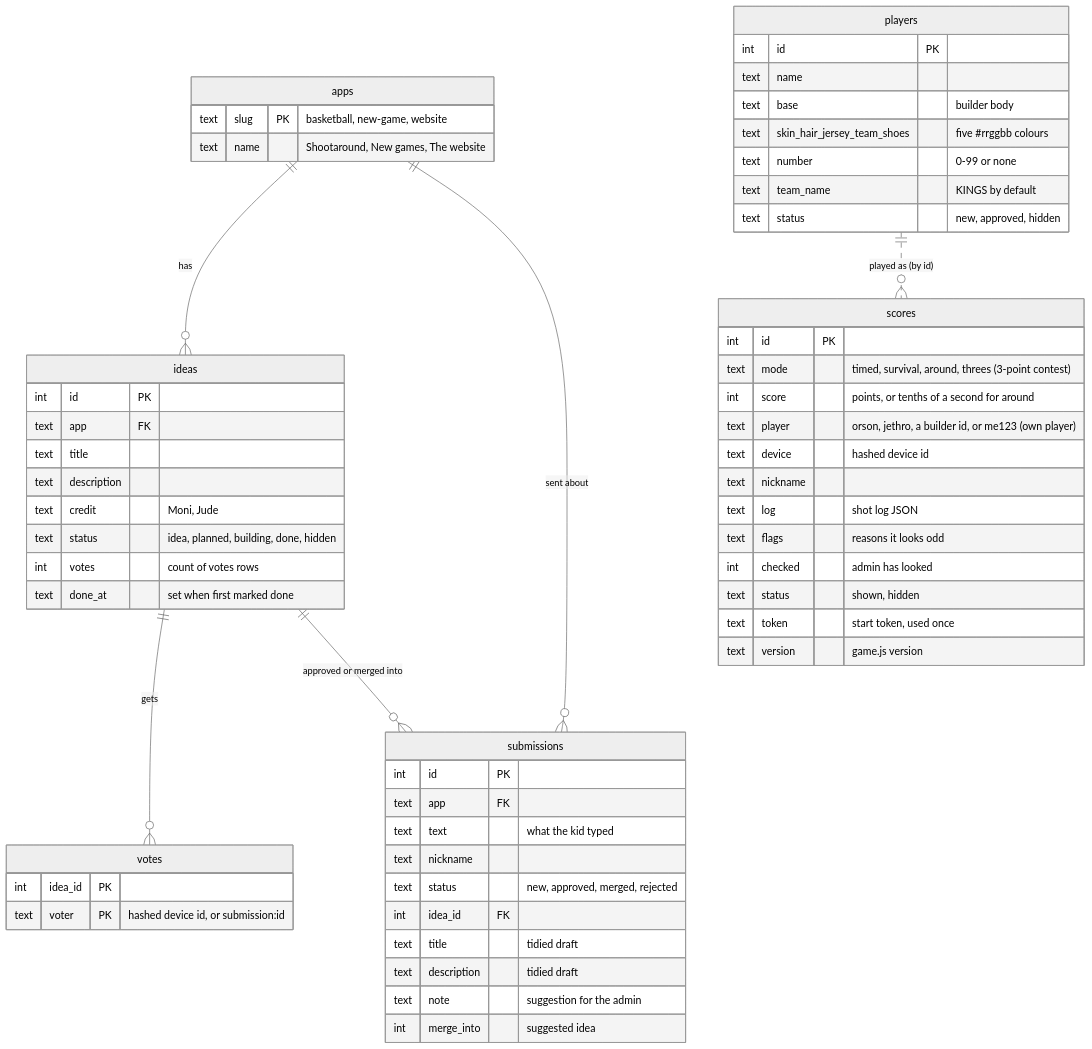
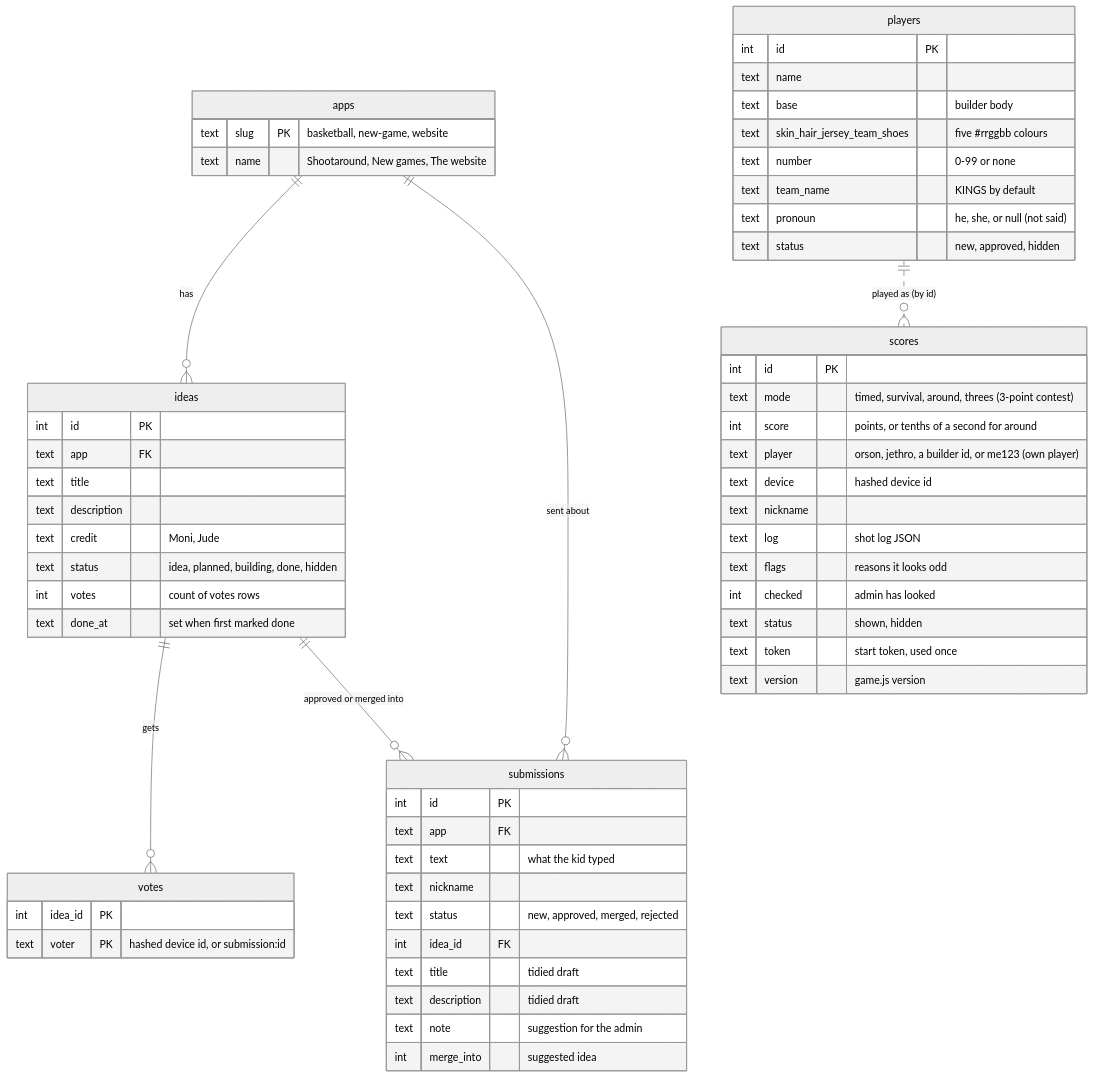
One commit to orsonbrooker/orsonbrooker.github.io changed the third of 7 diagrams in docs/architecture.md. Above: the diagram before and after it, drawn with Mermaid (neutral theme). The commit also changed other lines of this file and 17 other files, not shown here.

````diff
--- a/docs/architecture.md
+++ b/docs/architecture.md
@@ -86,62 +86,63 @@
 ```mermaid
 erDiagram
   apps ||--o{ ideas : "has"
   apps ||--o{ submissions : "sent about"
   ideas ||--o{ votes : "gets"
   ideas ||--o{ submissions : "approved or merged into"
   players ||..o{ scores : "played as (by id)"
 
   apps {
     text slug PK "basketball, new-game, website"
     text name "Shootaround, New games, The website"
   }
   submissions {
     int id PK
     text app FK
     text text "what the kid typed"
     text nickname
     text status "new, approved, merged, rejected"
     int idea_id FK
     text title "tidied draft"
     text description "tidied draft"
     text note "suggestion for the admin"
     int merge_into "suggested idea"
   }
   ideas {
     int id PK
     text app FK
     text title
     text description
     text credit "Moni, Jude"
     text status "idea, planned, building, done, hidden"
     int votes "count of votes rows"
     text done_at "set when first marked done"
   }
   votes {
     int idea_id PK
     text voter PK "hashed device id, or submission:id"
   }
   players {
     int id PK
     text name
     text base "builder body"
     text skin_hair_jersey_team_shoes "five #rrggbb colours"
     text number "0-99 or none"
     text team_name "KINGS by default"
+    text pronoun "he, she, or null (not said)"
     text status "new, approved, hidden"
   }
   scores {
     int id PK
     text mode "timed, survival, around, threes (3-point contest)"
     int score "points, or tenths of a second for around"
     text player "orson, jethro, a builder id, or me123 (own player)"
     text device "hashed device id"
     text nickname
     text log "shot log JSON"
     text flags "reasons it looks odd"
     int checked "admin has looked"
     text status "shown, hidden"
     text token "start token, used once"
     text version "game.js version"
   }
 ```
````
